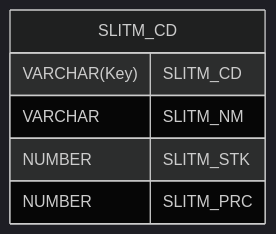
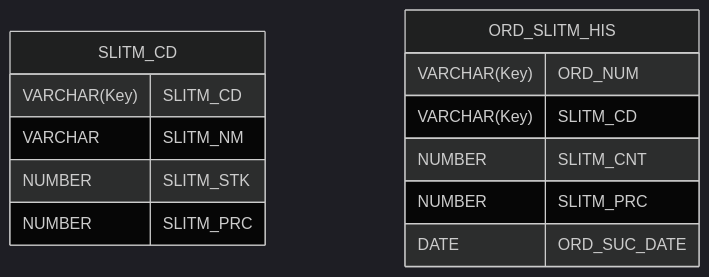
Before and after one commit to silberbullet/high-traffic-concurrency-control-exploration: the second of 2 diagrams in README.md, drawn with Mermaid (dark theme). The commit also changed other lines of this file and 4 other files, not shown here.

````diff
--- a/README.md
+++ b/README.md
@@ -155,9 +157,17 @@
    ```mermaid
    erDiagram
        SLITM_CD {
            VARCHAR(Key) SLITM_CD
            VARCHAR SLITM_NM
            NUMBER SLITM_STK
            NUMBER SLITM_PRC
        }
+
+       ORD_SLITM_HIS {
+           VARCHAR(Key) ORD_NUM
+           VARCHAR(Key) SLITM_CD
+           NUMBER SLITM_CNT
+           NUMBER SLITM_PRC
+           DATE ORD_SUC_DATE
+       }
    ```
````
